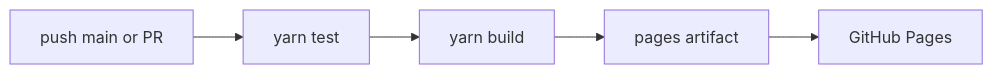
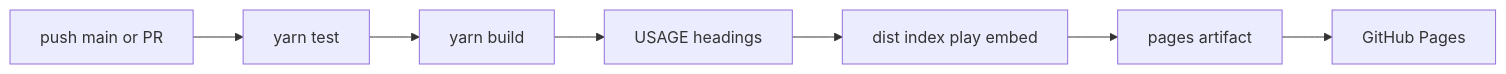
One commit to luandev/fluid-wallpaper changed the diagram in .github/workflows/README.md. Above: the diagram before and after it, drawn with Mermaid. The commit also changed other lines of this file and 24 other files, not shown here.

````diff
--- a/.github/workflows/README.md
+++ b/.github/workflows/README.md
@@ -9,11 +9,13 @@
 ```mermaid
 flowchart LR
   push[push main or PR]
   test[yarn test]
   build[yarn build]
+  docsCheck[USAGE headings]
+  pagesCheck[dist index play embed]
   artifact[pages artifact]
   pages[GitHub Pages]
-  push --> test --> build
-  build --> artifact
+  push --> test --> build --> docsCheck --> pagesCheck
+  pagesCheck --> artifact
   artifact --> pages
 ```
````
